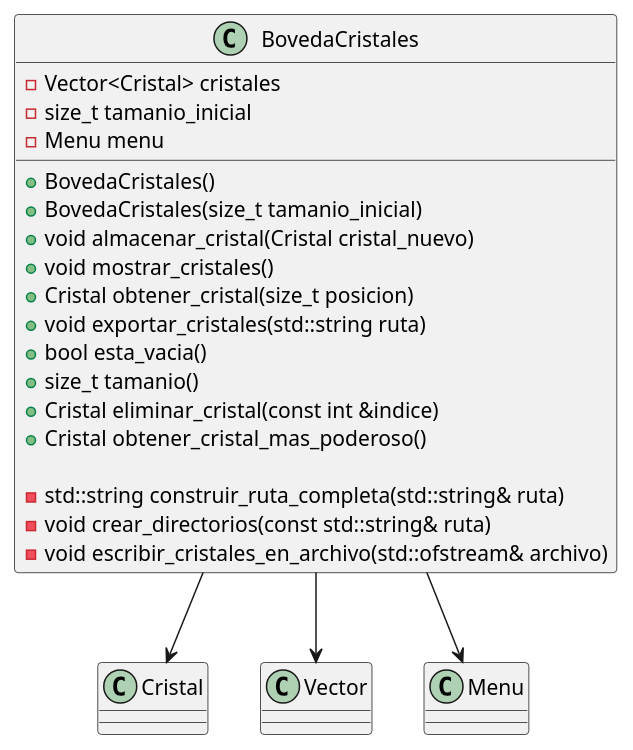
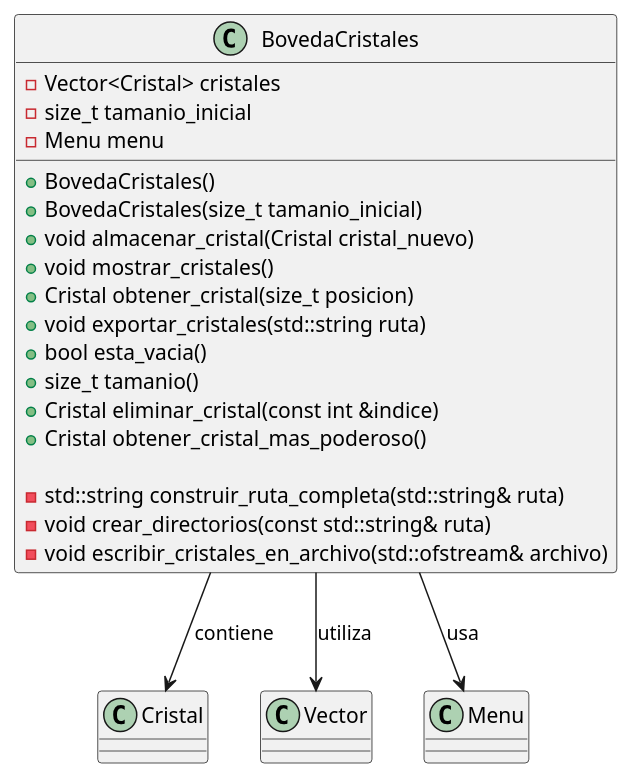
Before and after one commit to guillsil/Transformers-Game: the diagram in Diagramas-UML/BovedaCristales.puml, drawn with PlantUML. The commit also changed 11 other files, not shown here.

Commit message:
Subi mas uml de las distintas clases que tiene el proyecto

```diff
--- a/Diagramas-UML/BovedaCristales.puml
+++ b/Diagramas-UML/BovedaCristales.puml
@@ -1,31 +1,32 @@
 @startuml
 'https://plantuml.com/class-diagram
 class Cristal
 class Vector
 class Menu
 
 class BovedaCristales {
     - Vector<Cristal> cristales
     - size_t tamanio_inicial
     - Menu menu
 
     + BovedaCristales()
     + BovedaCristales(size_t tamanio_inicial)
     + void almacenar_cristal(Cristal cristal_nuevo)
     + void mostrar_cristales()
     + Cristal obtener_cristal(size_t posicion)
     + void exportar_cristales(std::string ruta)
     + bool esta_vacia()
     + size_t tamanio()
     + Cristal eliminar_cristal(const int &indice)
     + Cristal obtener_cristal_mas_poderoso()
 
     - std::string construir_ruta_completa(std::string& ruta)
     - void crear_directorios(const std::string& ruta)
     - void escribir_cristales_en_archivo(std::ofstream& archivo)
 }
 
-BovedaCristales --> Cristal
-BovedaCristales --> Vector
-BovedaCristales --> Menu
+' Relaciones
+BovedaCristales  -->  Cristal : "contiene"
+BovedaCristales  --> Vector : "utiliza"
+BovedaCristales  -->  Menu : "usa"
 @enduml
```
